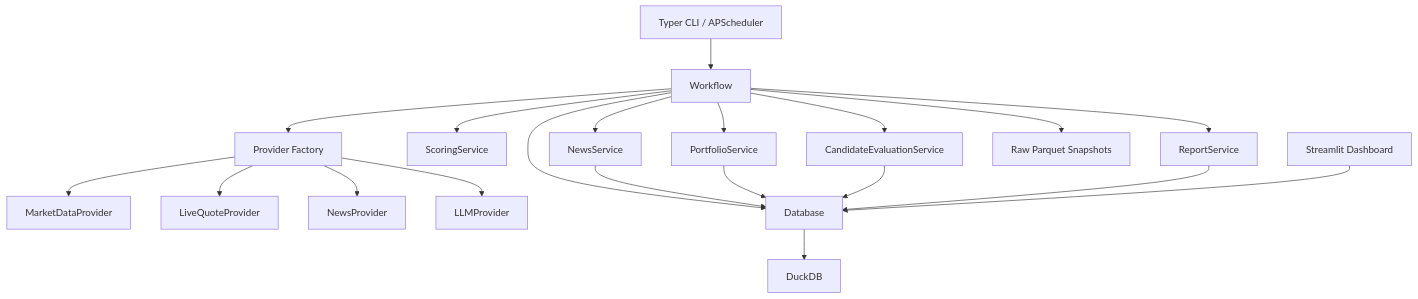
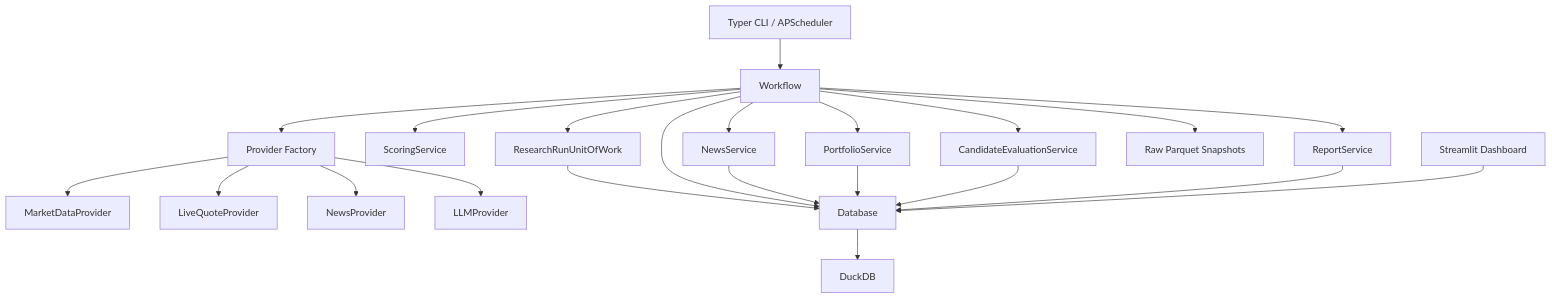
One commit to Dershine/KFCQuantitative changed the second of 4 diagrams in doc/KFCQ_TechnicalSummary.md. Above: the diagram before and after it, drawn with Mermaid. The commit also changed other lines of this file and 31 other files, not shown here.

````diff
--- a/doc/KFCQ_TechnicalSummary.md
+++ b/doc/KFCQ_TechnicalSummary.md
@@ -232,24 +234,26 @@
 ```mermaid
 flowchart TD
     Entry["Typer CLI / APScheduler"] --> Workflow["Workflow"]
     Workflow --> ProviderFactory["Provider Factory"]
     ProviderFactory --> MarketProvider["MarketDataProvider"]
     ProviderFactory --> LiveProvider["LiveQuoteProvider"]
     ProviderFactory --> NewsProvider["NewsProvider"]
     ProviderFactory --> LLMProvider["LLMProvider"]
 
     Workflow --> Scoring["ScoringService"]
     Workflow --> News["NewsService"]
     Workflow --> Portfolio["PortfolioService"]
     Workflow --> Evaluation["CandidateEvaluationService"]
     Workflow --> Reports["ReportService"]
 
-    Workflow --> Database["Database"]
+    Workflow --> UoW["ResearchRunUnitOfWork"]
+    UoW --> Database["Database"]
+    Workflow --> Database
     News --> Database
     Portfolio --> Database
     Evaluation --> Database
     Reports --> Database
     Database --> DuckDB["DuckDB"]
     Workflow --> Parquet["Raw Parquet Snapshots"]
     Dashboard["Streamlit Dashboard"] --> Database
 ```
````
